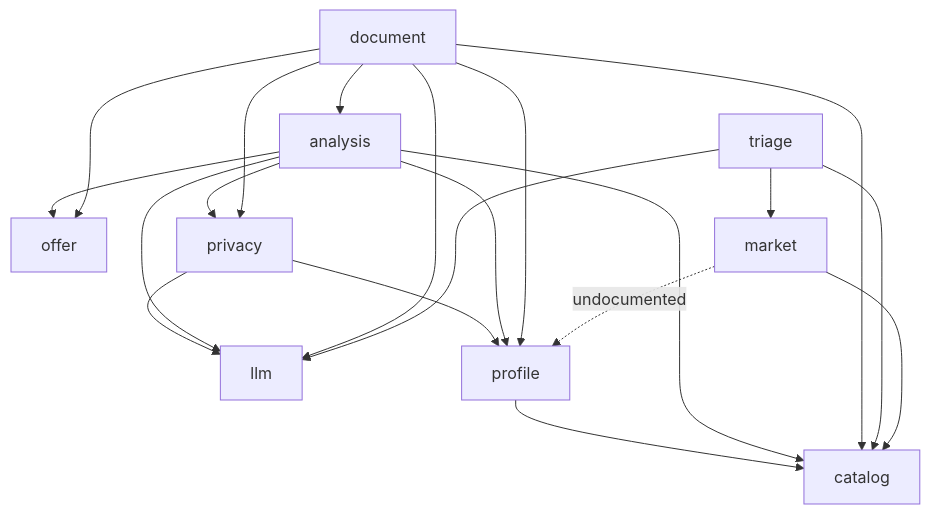
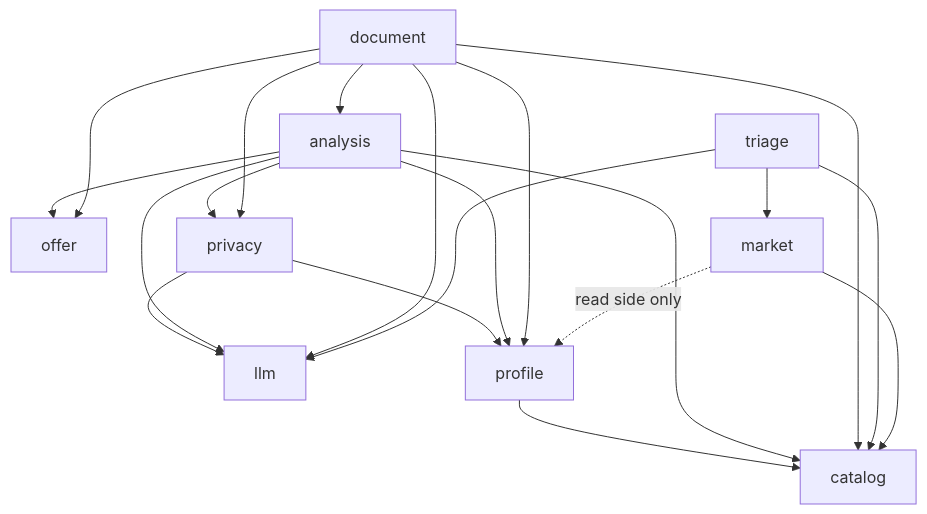
The first of 3 diagrams in docs/architecture-review-2026-08.md (AnielskieOczko/job-assistant), drawn with Mermaid before and after one commit. The commit also changed other lines of this file and 1 other file, not shown here.

First line of the commit message:
Record where the codebase is shallow, and correct what market depends on

````diff
--- a/docs/architecture-review-2026-08.md
+++ b/docs/architecture-review-2026-08.md
@@ -25,32 +25,32 @@
 ```mermaid
 graph TD
   catalog[catalog]
   llm[llm]
   offer[offer]
   profile[profile]
   privacy[privacy]
   analysis[analysis]
   document[document]
   market[market]
   triage[triage]
 
   profile --> catalog
   privacy --> llm
   privacy --> profile
   analysis --> catalog
   analysis --> llm
   analysis --> offer
   analysis --> privacy
   analysis --> profile
   document --> analysis
   document --> catalog
   document --> llm
   document --> offer
   document --> privacy
   document --> profile
   triage --> catalog
   triage --> llm
   triage --> market
   market --> catalog
-  market -.->|undocumented| profile
+  market -.->|read side only| profile
 ```
````
